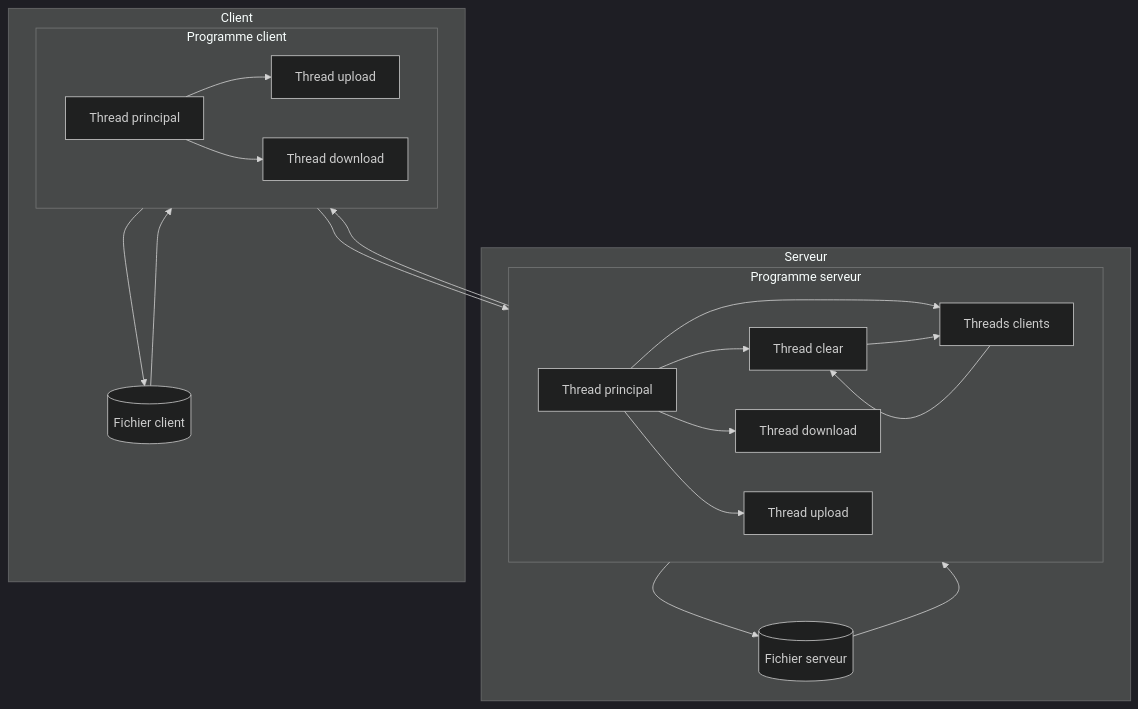
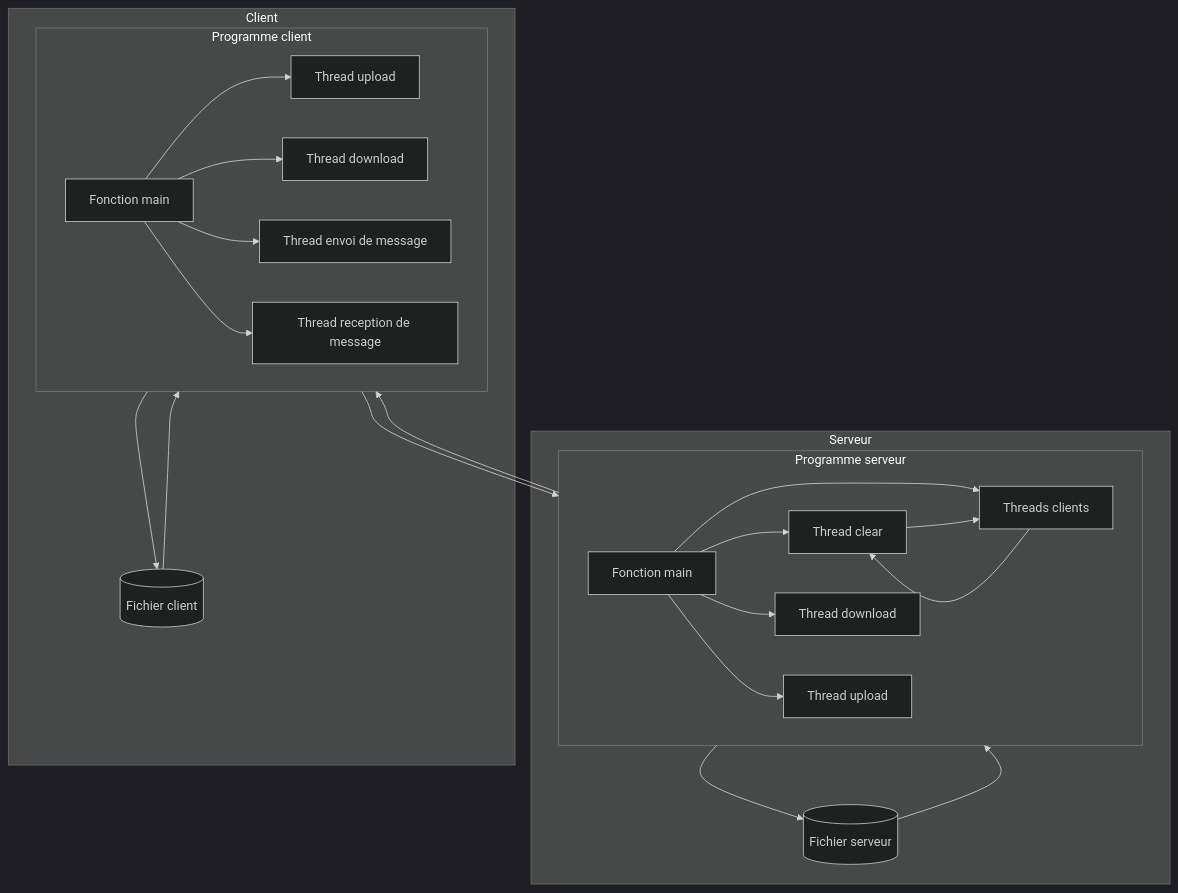
Before and after one commit to TAIP25/ig3_projet_far: the first of 2 diagrams in sprint4/README.md, drawn with Mermaid (dark theme).

Commit message:
Commit final v2

````diff
--- a/sprint4/README.md
+++ b/sprint4/README.md
@@ -90,38 +90,39 @@
 ```mermaid
 flowchart TB
     
     programmeServeur --> programmeclient
     programmeclient --> programmeServeur
     
 
     subgraph Serveur
 
         programmeServeur --> fichierserveur
         fichierserveur --> programmeServeur
         
         subgraph programmeServeur[Programme serveur]
             sThreadClear --> sThreadClient
             sThreadClient --> sThreadClear
             sThreadPrincipal --> sThreadClient[Threads clients]            
             sThreadPrincipal --> sThreadClear[Thread clear]            
-            sThreadPrincipal[Thread principal] --> sThreadDownload[Thread download]            
+            sThreadPrincipal[Fonction main] --> sThreadDownload[Thread download]            
             sThreadPrincipal --> sThreadUpload[Thread upload] 
         end
 
         fichierserveur[(Fichier serveur)]
     end
 
     subgraph Client
 
         programmeclient --> fichierclient
         fichierclient --> programmeclient
 
         subgraph programmeclient[Programme client]
-            cThreadPrincipal[Thread principal] --> cThreadUpload[Thread upload]
+            cThreadPrincipal[Fonction main] --> cThreadUpload[Thread upload]
             cThreadPrincipal --> cThreadDownload[Thread download]
+            cThreadPrincipal --> cThreadMSGSend[Thread envoi de message]
+            cThreadPrincipal --> cThreadMSGReceive[Thread reception de message]
         end
 
         fichierclient[(Fichier client)]
     end
-
 ```
````
